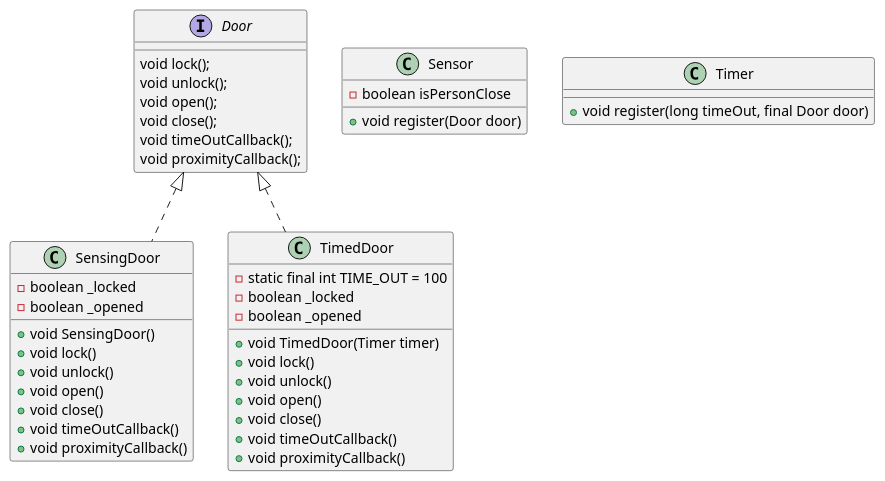
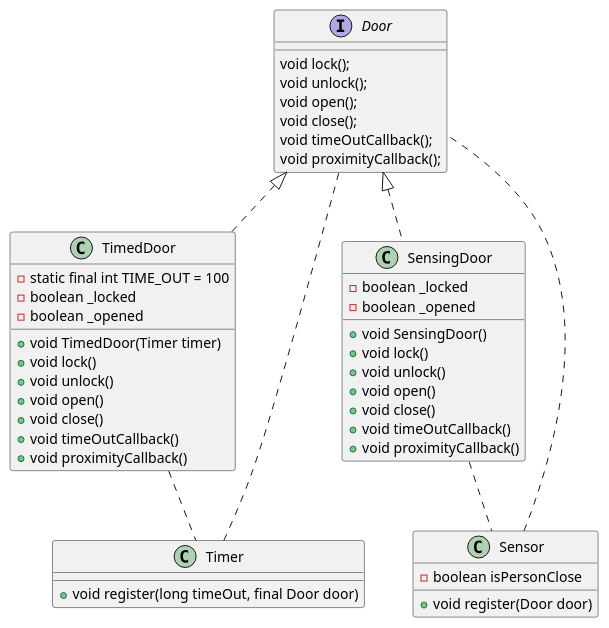
One commit to hana-ghz/softwareArchTP1 changed the diagram in ISP/src/com/directi/training/isp/exercise/diagram.puml. Above: the diagram before and after it, drawn with PlantUML. The commit also changed 6 other files, not shown here.

Commit message:
added class relations to diagrams in ISP

```diff
--- a/ISP/src/com/directi/training/isp/exercise/diagram.puml
+++ b/ISP/src/com/directi/training/isp/exercise/diagram.puml
@@ -1,53 +1,60 @@
 @startuml
 
 interface Door 
 { 
     void lock();
     void unlock();
     void open();
     void close();
     void timeOutCallback();
     void proximityCallback();
 }
+
+class TimedDoor implements Door
+{ 
+    - static final int TIME_OUT = 100
+    - boolean _locked
+    - boolean _opened
+
+    + void TimedDoor(Timer timer)
+    + void lock()
+    + void unlock()
+    + void open()
+    + void close()
+    + void timeOutCallback()
+    + void proximityCallback()
+}
+
 
 class SensingDoor implements Door
 { 
     - boolean _locked
     - boolean _opened
 
     + void SensingDoor()
     + void lock()
     + void unlock()
     + void open()
     + void close()
     + void timeOutCallback()
     + void proximityCallback()
 }
   
-class TimedDoor implements Door
-{ 
-    - static final int TIME_OUT = 100
-    - boolean _locked
-    - boolean _opened
-
-    + void TimedDoor(Timer timer)
-    + void lock()
-    + void unlock()
-    + void open()
-    + void close()
-    + void timeOutCallback()
-    + void proximityCallback()
-}
 
 class Sensor 
 {
     - boolean isPersonClose
     + void register(Door door)
 }
 
 class Timer
 {
     + void register(long timeOut, final Door door)
 }
   
+TimedDoor -. Timer
+SensingDoor -. Sensor
+Timer -. Door
+Sensor -. Door
+
 @enduml
```
